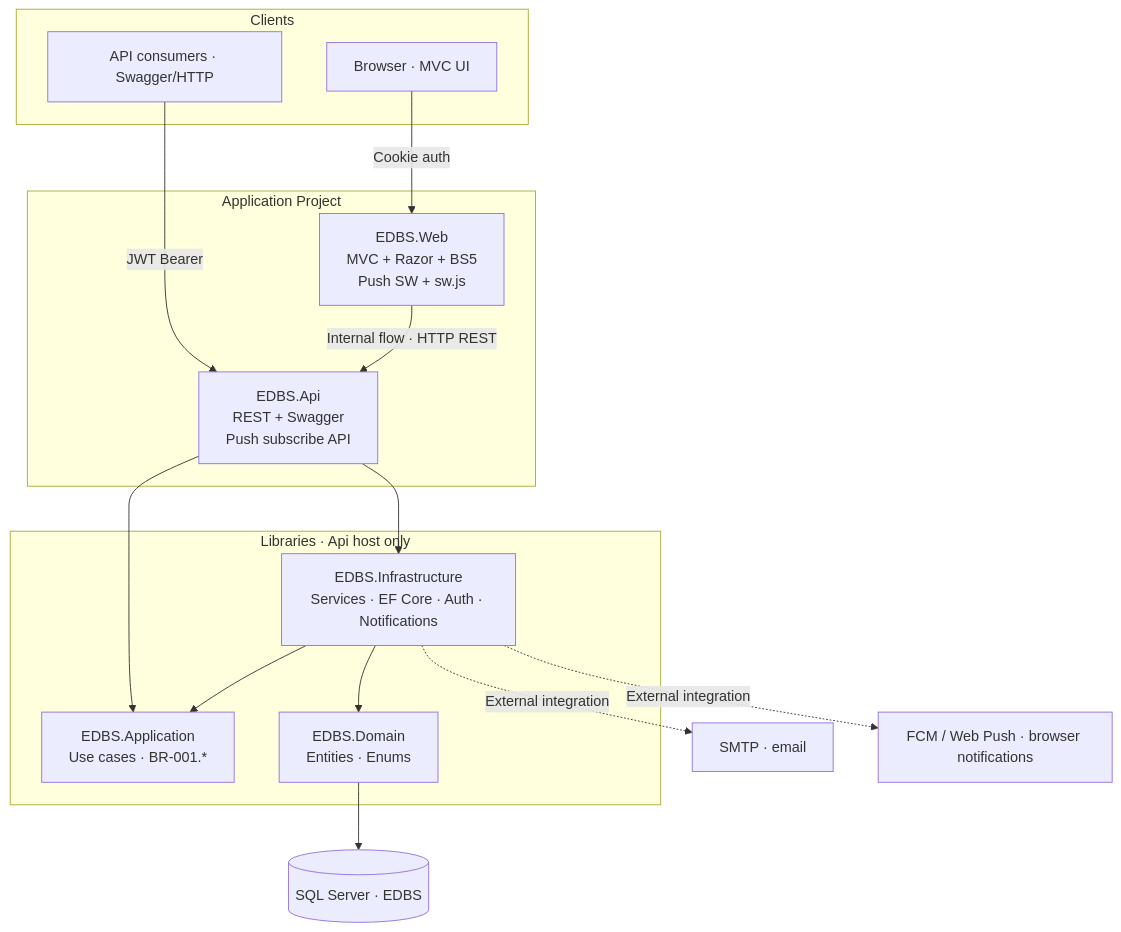
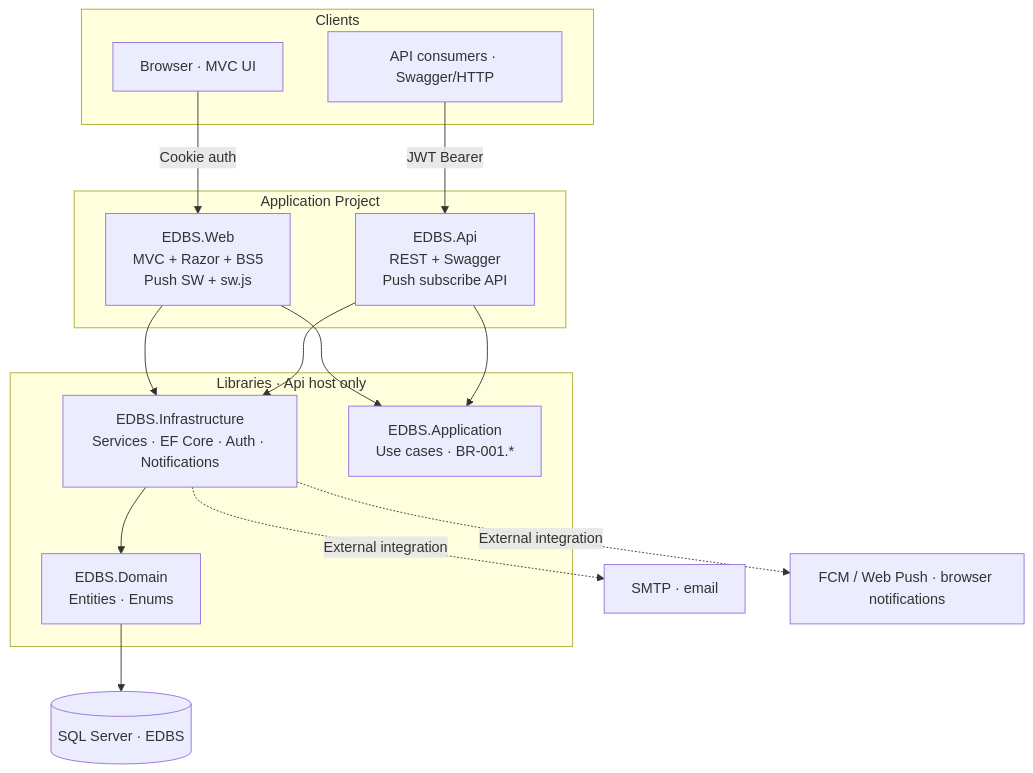
The first of 2 diagrams in inception/architecture/technical-specification.md (vishal-harne-trigent/Employee-Desk-Booking-System), drawn with Mermaid before and after one commit. The commit also changed other lines of this file and 4 other files, not shown here.

````diff
--- a/inception/architecture/technical-specification.md
+++ b/inception/architecture/technical-specification.md
@@ -88,33 +88,33 @@
 ```mermaid
 flowchart TB
     subgraph clients["Clients"]
         BROWSER["Browser · MVC UI"]
         APICLI["API consumers · Swagger/HTTP"]
     end
 
     subgraph appproj["Application Project"]
         WEB["EDBS.Web<br/>MVC + Razor + BS5<br/>Push SW + sw.js"]
         API["EDBS.Api<br/>REST + Swagger<br/>Push subscribe API"]
     end
 
     subgraph libs["Libraries · Api host only"]
         INF["EDBS.Infrastructure<br/>Services · EF Core · Auth · Notifications"]
         APP["EDBS.Application<br/>Use cases · BR-001.*"]
         DOM["EDBS.Domain<br/>Entities · Enums"]
     end
 
     DB[("SQL Server · EDBS")]
     SMTP["SMTP · email"]
     PUSH["FCM / Web Push · browser notifications"]
 
     BROWSER -->|"Cookie auth"| WEB
     APICLI -->|"JWT Bearer"| API
-    WEB -->|"Internal flow · HTTP REST"| API
+    WEB --> APP
+    WEB --> INF
+    API --> APP
     API --> INF
-    API --> APP
-    INF --> APP
     INF --> DOM
     DOM --> DB
     INF -.->|"External integration"| SMTP
     INF -.->|"External integration"| PUSH
 ```
````
